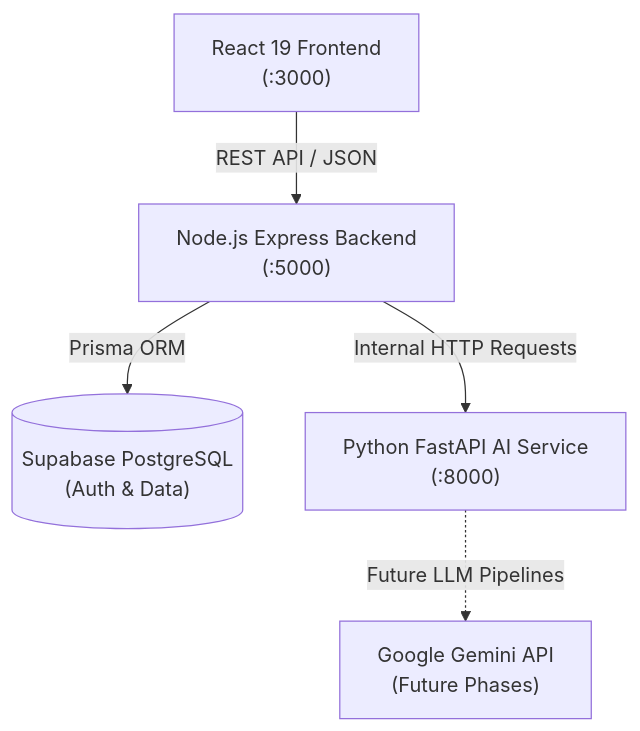
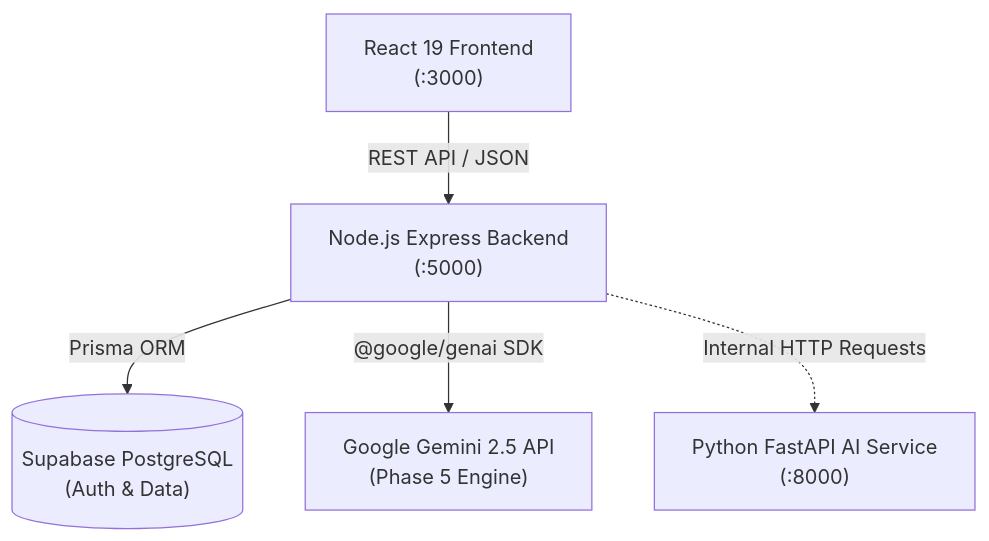
The diagram in README.md (ZEESHAN0603/PromptWar), drawn with Mermaid before and after one commit. The commit also changed other lines of this file and 28 other files, not shown here.

Commit message:
Phase 5 Completed -- Personalized Ideas AI (Gemini Integration)

````diff
--- a/README.md
+++ b/README.md
@@ -46,13 +46,13 @@
 ```mermaid
 flowchart TD
     Client["React 19 Frontend\n(:3000)"]
     Backend["Node.js Express Backend\n(:5000)"]
     Database[("Supabase PostgreSQL\n(Auth & Data)")]
     AIService["Python FastAPI AI Service\n(:8000)"]
-    Gemini["Google Gemini API\n(Future Phases)"]
+    Gemini["Google Gemini 2.5 API\n(Phase 5 Engine)"]
 
     Client -->|"REST API / JSON"| Backend
     Backend -->|"Prisma ORM"| Database
-    Backend -->|"Internal HTTP Requests"| AIService
-    AIService -.->|"Future LLM Pipelines"| Gemini
+    Backend -->|"@google/genai SDK"| Gemini
+    Backend -.->|"Internal HTTP Requests"| AIService
 ```
````
